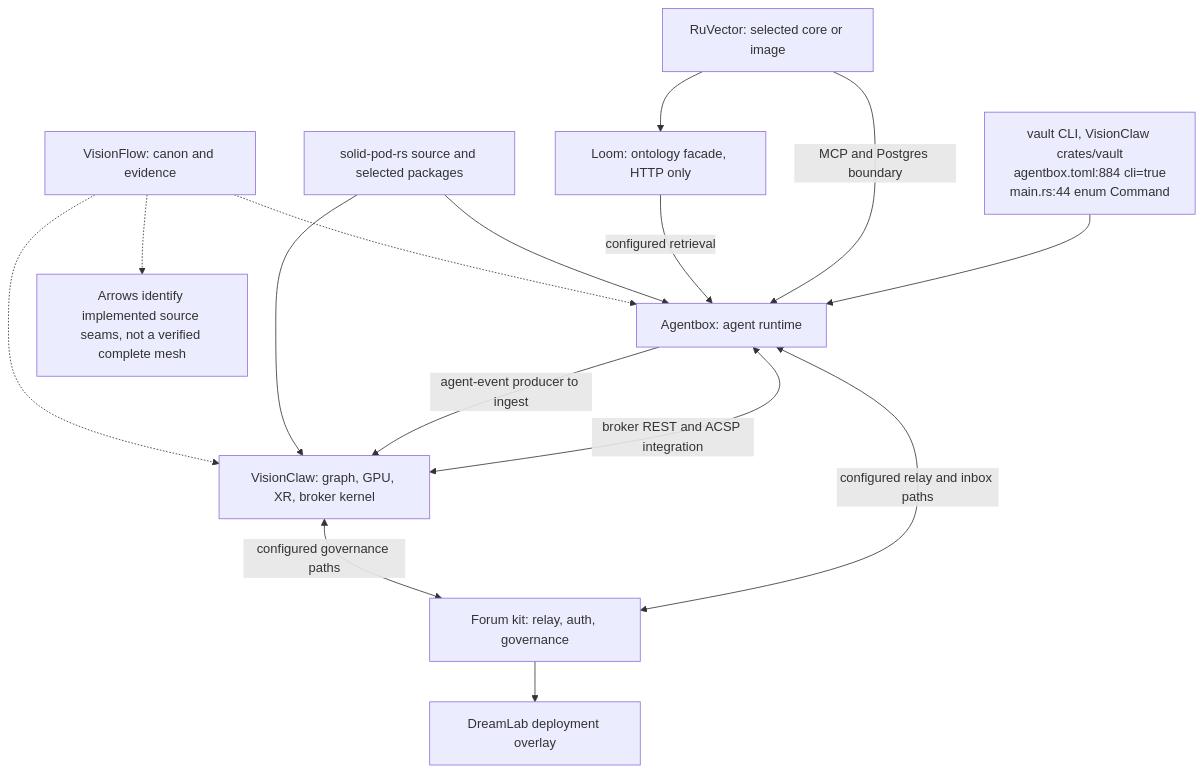
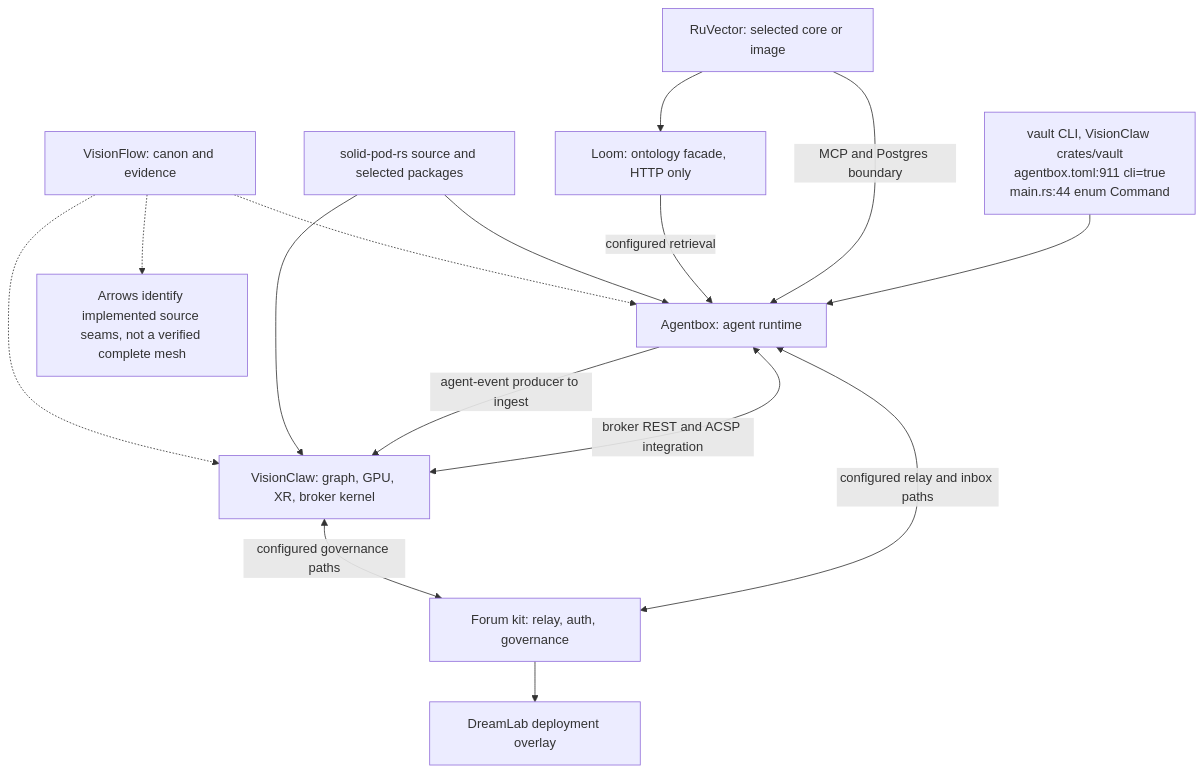
The first of 6 diagrams in docs/diagrams/visionflow/08-compatibility-and-dependency-direction.md (DreamLab-AI/VisionFlow), drawn with Mermaid before and after one commit. The commit also changed other lines of this file and 94 other files, not shown here.

First line of the commit message:
docs(diagrams): re-verify 130 topics against 2 October HEADs

````diff
--- a/docs/diagrams/visionflow/08-compatibility-and-dependency-direction.md
+++ b/docs/diagrams/visionflow/08-compatibility-and-dependency-direction.md
@@ -37,18 +37,18 @@
 ```mermaid
 flowchart TB
     VF["VisionFlow: canon and evidence"] -.-> VC["VisionClaw: graph, GPU, XR, broker kernel"]
     VF -.-> AB["Agentbox: agent runtime"]
     SPR["solid-pod-rs source and selected packages"] --> VC
     SPR --> AB
     NRF["Forum kit: relay, auth, governance"] --> DLW["DreamLab deployment overlay"]
     AB -->|agent-event producer to ingest| VC
     AB <-->|broker REST and ACSP integration| VC
     VC <-->|configured governance paths| NRF
     AB <-->|configured relay and inbox paths| NRF
     LOOM["Loom: ontology facade, HTTP only"] -->|configured retrieval| AB
     RV["RuVector: selected core or image"] --> LOOM
     RV -->|MCP and Postgres boundary| AB
-    VAULT["vault CLI, VisionClaw crates/vault<br/>agentbox.toml:884 cli=true<br/>main.rs:44 enum Command"] --> AB
+    VAULT["vault CLI, VisionClaw crates/vault<br/>agentbox.toml:911 cli=true<br/>main.rs:44 enum Command"] --> AB
     SCOPE["Arrows identify implemented source seams, not a verified complete mesh"]
     VF -.-> SCOPE
 ```
````
